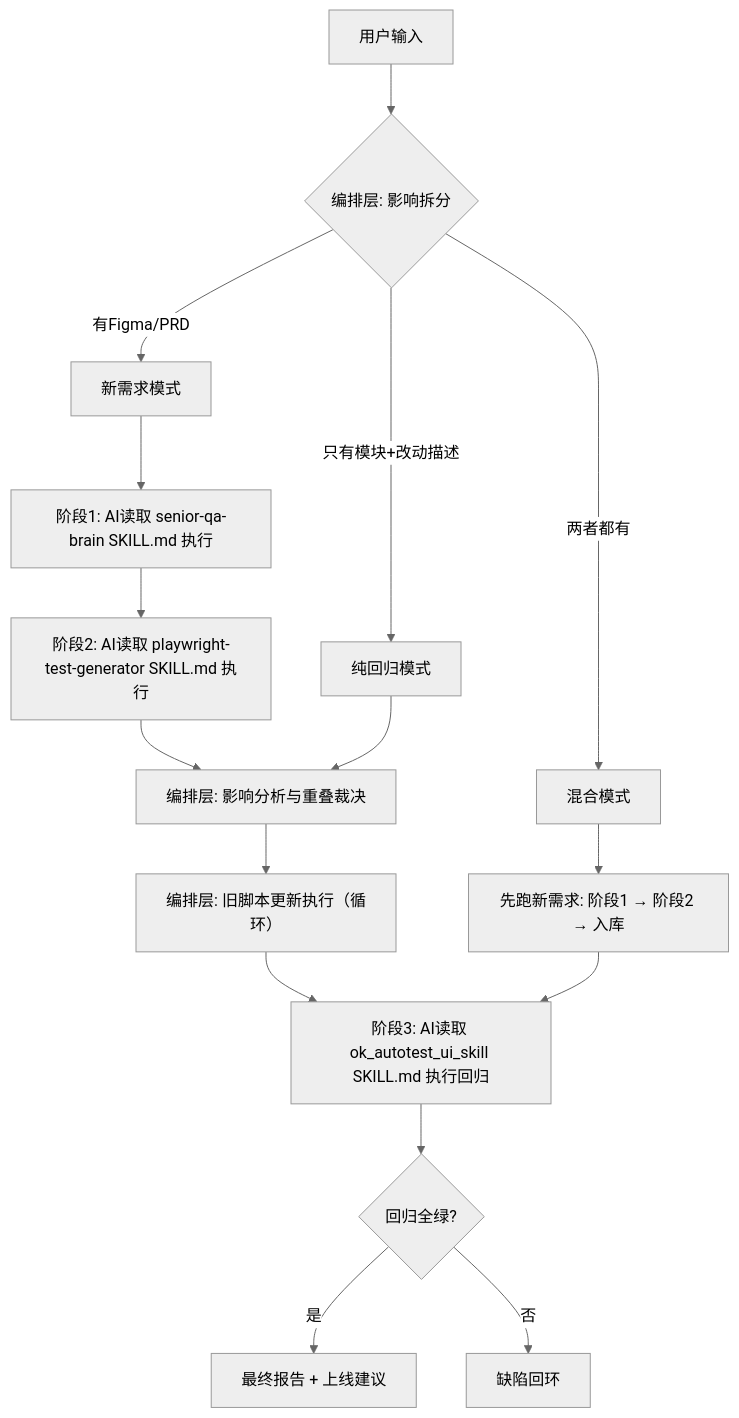
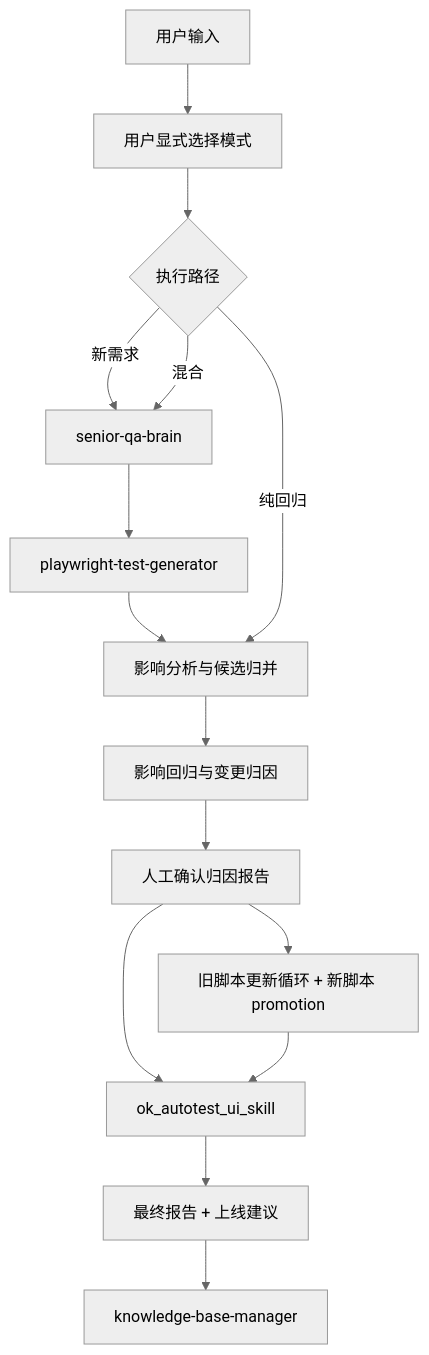
One commit to jiadan-user/jiacangku changed the diagram in README.md. Above: the diagram before and after it, drawn with Mermaid (neutral theme). The commit also changed other lines of this file and 17 other files, not shown here.

````diff
--- a/README.md
+++ b/README.md
@@ -13,23 +14,20 @@
 ```mermaid
 flowchart TD
-    Input["用户输入"] --> Split{"编排层: 影响拆分"}
-    
-    Split -->|"有Figma/PRD"| NewReq["新需求模式"]
-    Split -->|"只有模块+改动描述"| Regression["纯回归模式"]
-    Split -->|"两者都有"| Mixed["混合模式"]
-    
-    NewReq --> SQB["阶段1: AI读取 senior-qa-brain SKILL.md 执行"]
-    SQB --> PTG["阶段2: AI读取 playwright-test-generator SKILL.md 执行"]
-    PTG --> Impact["编排层: 影响分析与重叠裁决"]
-    Impact --> Legacy["编排层: 旧脚本更新执行（循环）"]
-    Legacy --> OKU["阶段3: AI读取 ok_autotest_ui_skill SKILL.md 执行回归"]
-    
-    Regression --> Impact
-    
-    Mixed --> NewFirst["先跑新需求: 阶段1 → 阶段2 → 入库"]
-    NewFirst --> OKU
-    
-    OKU --> Judge{"回归全绿?"}
-    Judge -->|"是"| Final["最终报告 + 上线建议"]
-    Judge -->|"否"| Loop["缺陷回环"]
+    Input["用户输入"] --> ModePick["用户显式选择模式"]
+
+    ModePick --> Split{"执行路径"}
+    Split -->|"新需求"| SQB["senior-qa-brain"]
+    SQB --> PTG["playwright-test-generator"]
+    PTG --> Impact["影响分析与候选归并"]
+
+    Split -->|"纯回归"| Impact
+    Split -->|"混合"| SQB
+
+    Impact --> Verify["影响回归与变更归因"]
+    Verify --> Confirm["人工确认归因报告"]
+    Confirm --> Legacy["旧脚本更新循环 + 新脚本 promotion"]
+    Confirm --> OKU["ok_autotest_ui_skill"]
+    Legacy --> OKU
+    OKU --> Final["最终报告 + 上线建议"]
+    Final --> KB["knowledge-base-manager"]
 ```
````
